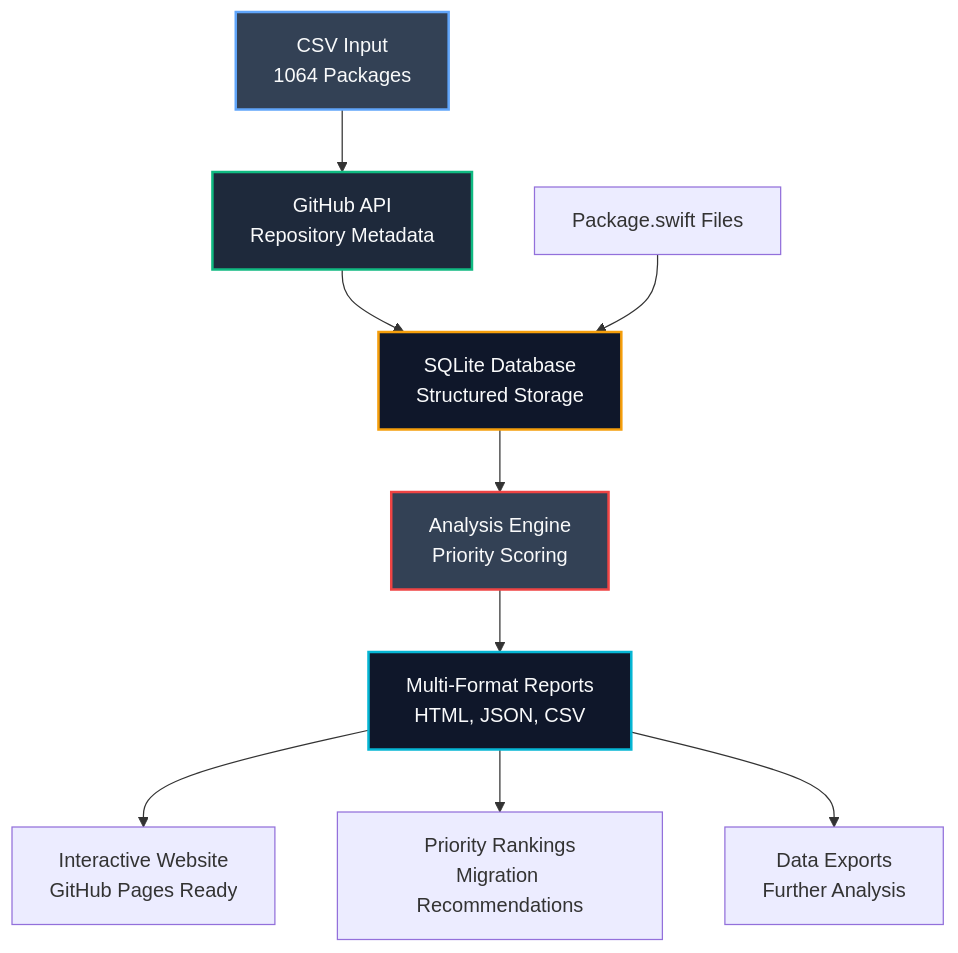
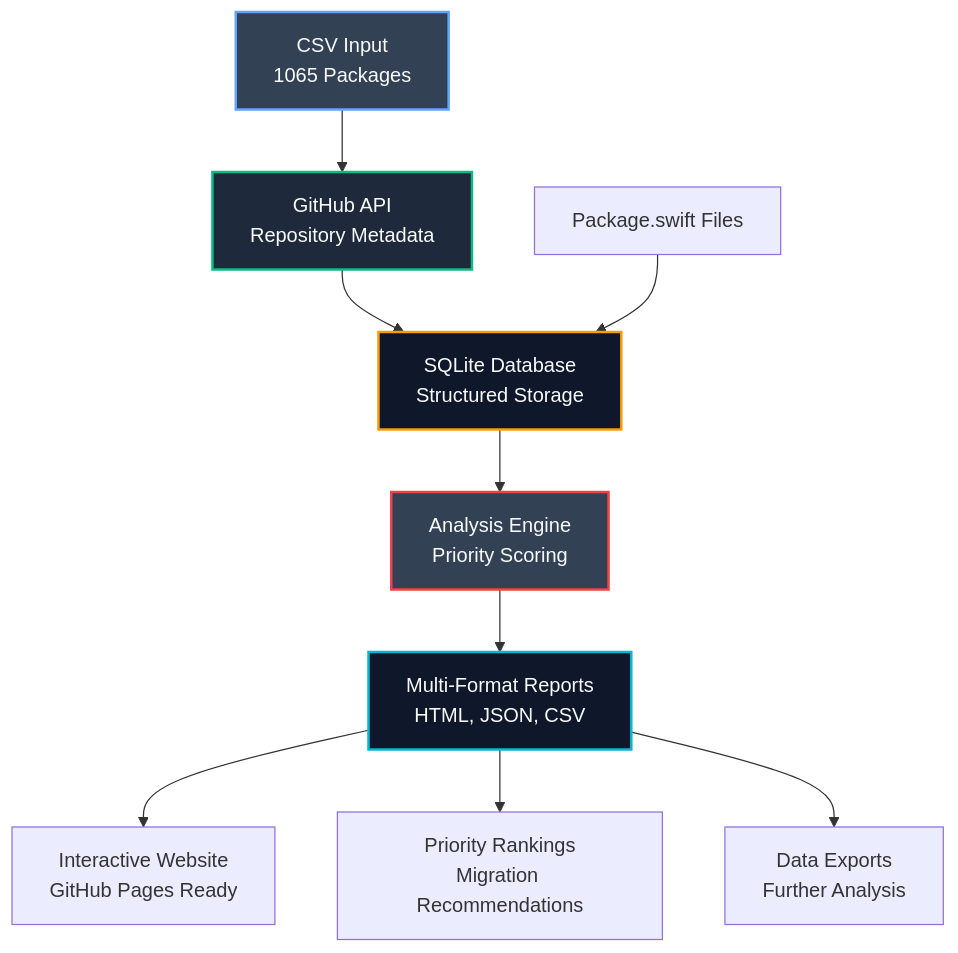
The diagram in README.md (Jake-Prickett/spm-android-support-tracking), drawn with Mermaid before and after one commit. The commit also changed other lines of this file and 17 other files, not shown here.

````diff
--- a/README.md
+++ b/README.md
@@ -27,19 +28,19 @@
 ```mermaid
 flowchart TD
-    A[CSV Input<br/>1064 Packages] --> B[GitHub API<br/>Repository Metadata]
+    A[CSV Input<br/>1065 Packages] --> B[GitHub API<br/>Repository Metadata]
     B --> C[SQLite Database<br/>Structured Storage]
     C --> D[Analysis Engine<br/>Priority Scoring]
     D --> F[Multi-Format Reports<br/>HTML, JSON, CSV]
     
     G[Package.swift Files] --> C
     
     F --> I[Interactive Website<br/>GitHub Pages Ready]
     F --> J[Priority Rankings<br/>Migration Recommendations]
     F --> K[Data Exports<br/>Further Analysis]
     
     style A fill:#334155,stroke:#60a5fa,stroke-width:2px,color:#f9fafb
     style B fill:#1e293b,stroke:#10b981,stroke-width:2px,color:#f9fafb
     style C fill:#0f172a,stroke:#f59e0b,stroke-width:2px,color:#f9fafb
     style D fill:#334155,stroke:#ef4444,stroke-width:2px,color:#f9fafb
     style F fill:#0f172a,stroke:#06b6d4,stroke-width:2px,color:#f9fafb
 ```
````
